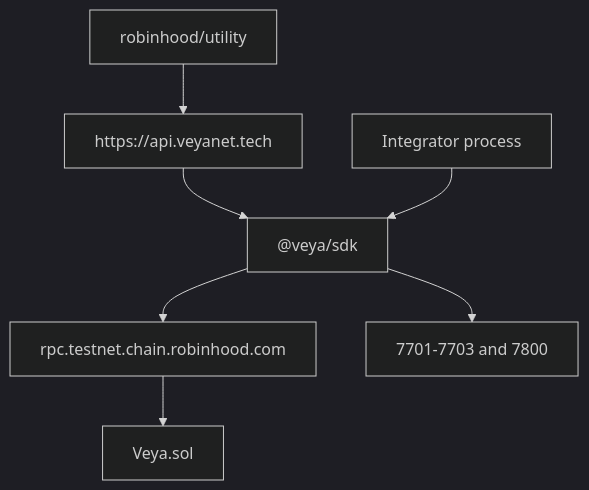
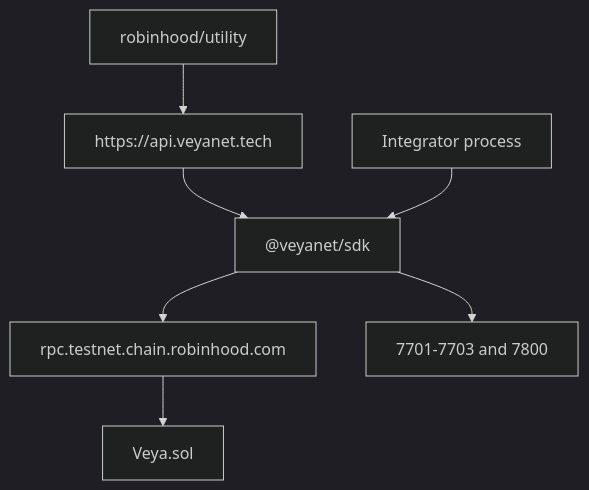
Diagram 11 of 13 in docs/ARCHITECTURE.md (veyanet/veya-sdk), drawn with Mermaid (dark theme) before and after one commit. The commit also changed other lines of this file and 34 other files, not shown here.

Commit message:
refactor(sdk): update package scope to @veyanet/sdk

````diff
--- a/docs/ARCHITECTURE.md
+++ b/docs/ARCHITECTURE.md
@@ -744,9 +744,9 @@
 ```mermaid
 flowchart TB
     Dash["robinhood/utility"] --> API["https://api.veyanet.tech"]
-    API --> SDK["@veya/sdk"]
+    API --> SDK["@veyanet/sdk"]
     Integrator["Integrator process"] --> SDK
     SDK --> RPC["rpc.testnet.chain.robinhood.com"]
     SDK --> Nodes["7701-7703 and 7800"]
     RPC --> Contract["Veya.sol"]
 ```
````
